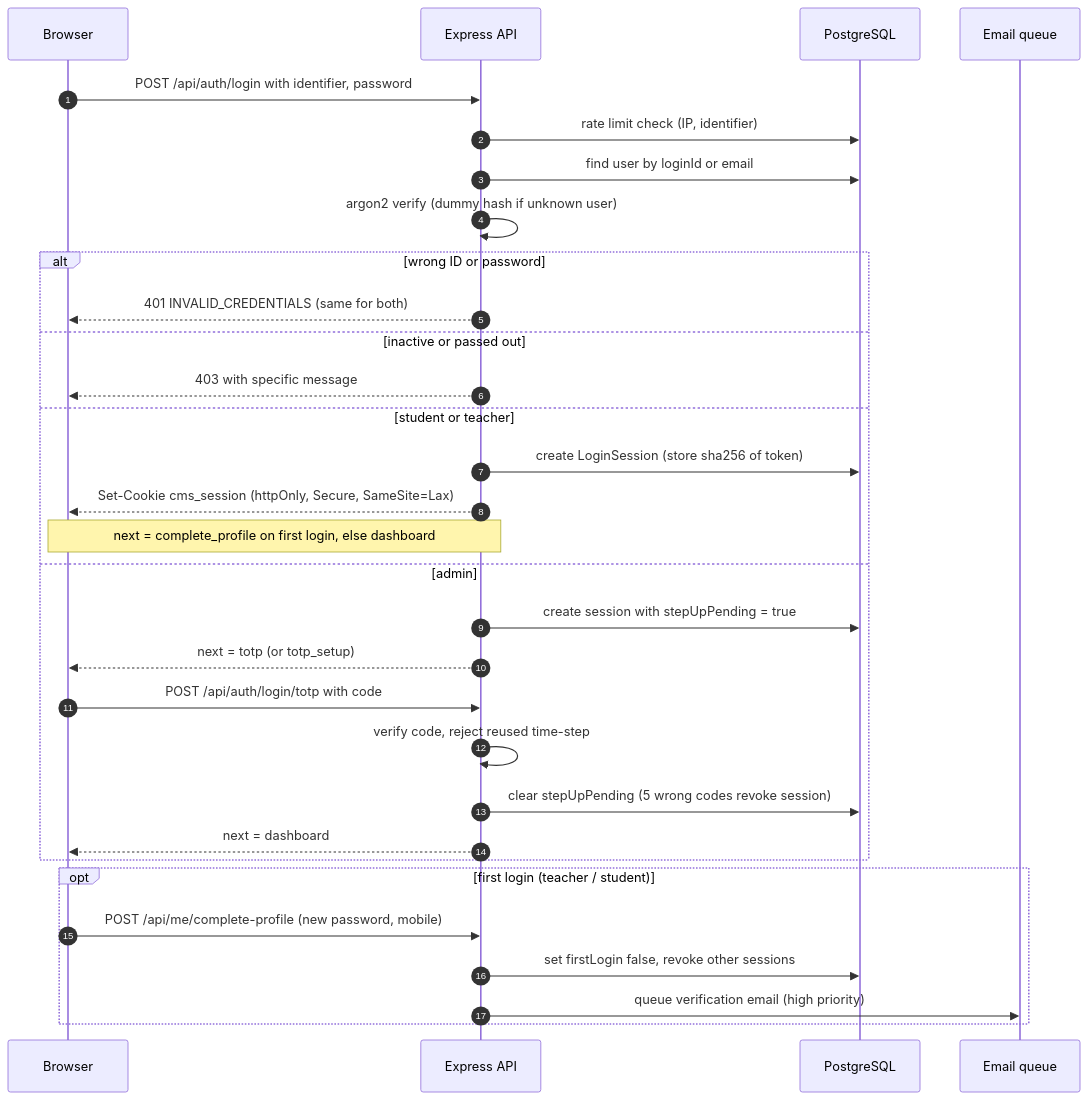
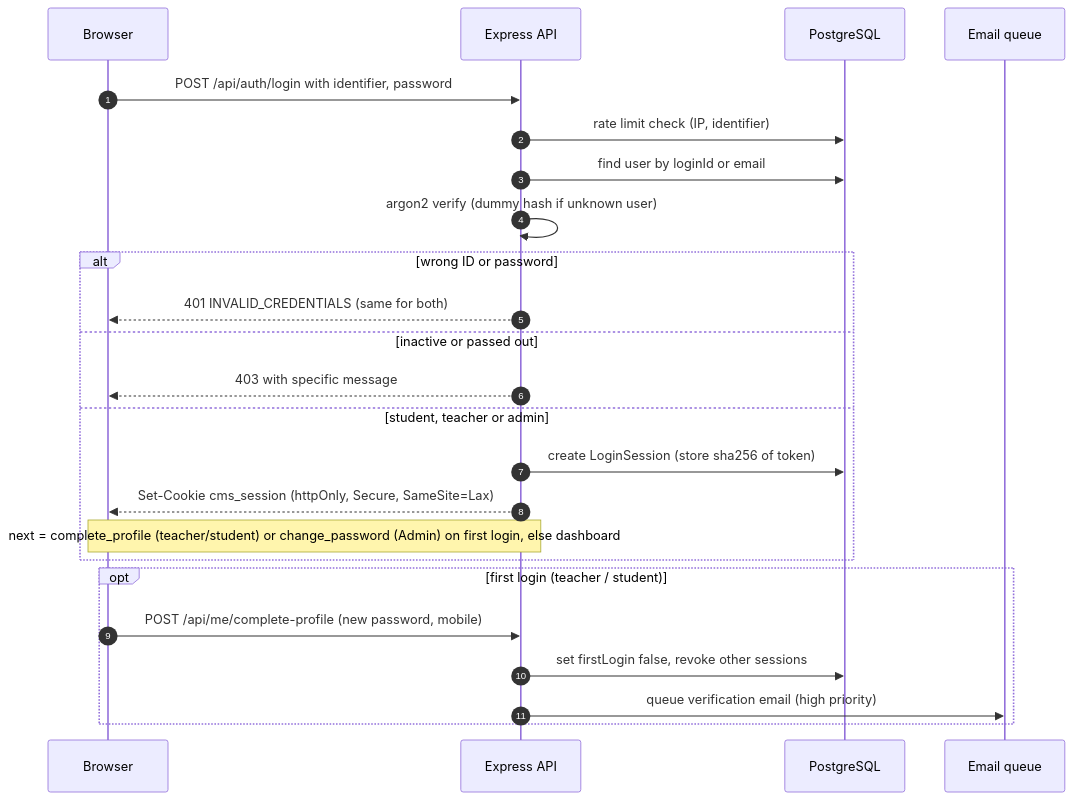
One commit to chinmoy567/College-Management changed diagram 14 of 41 in docs/architecture.md. Above: the diagram before and after it, drawn with Mermaid. The commit also changed other lines of this file and 7 other files, not shown here.

Commit message:
docs: remove Admin TOTP from implementation plans, architecture diagrams (request pipeline, login sequence, session states, security, entity fields) and tech stack (otplib row)

````diff
--- a/docs/architecture.md
+++ b/docs/architecture.md
@@ -664,34 +660,27 @@
 ```mermaid
 sequenceDiagram
     autonumber
     participant B as Browser
     participant API as Express API
     participant DB as PostgreSQL
     participant Q as Email queue
 
     B->>API: POST /api/auth/login with identifier, password
     API->>DB: rate limit check (IP, identifier)
     API->>DB: find user by loginId or email
     API->>API: argon2 verify (dummy hash if unknown user)
     alt wrong ID or password
         API-->>B: 401 INVALID_CREDENTIALS (same for both)
     else inactive or passed out
         API-->>B: 403 with specific message
-    else student or teacher
+    else student, teacher or admin
         API->>DB: create LoginSession (store sha256 of token)
         API-->>B: Set-Cookie cms_session (httpOnly, Secure, SameSite=Lax)
-        Note over B,API: next = complete_profile on first login, else dashboard
-    else admin
-        API->>DB: create session with stepUpPending = true
-        API-->>B: next = totp (or totp_setup)
-        B->>API: POST /api/auth/login/totp with code
-        API->>API: verify code, reject reused time-step
-        API->>DB: clear stepUpPending (5 wrong codes revoke session)
-        API-->>B: next = dashboard
+        Note over B,API: next = complete_profile (teacher/student) or change_password (Admin) on first login, else dashboard
     end
     opt first login (teacher / student)
         B->>API: POST /api/me/complete-profile (new password, mobile)
         API->>DB: set firstLogin false, revoke other sessions
         API->>Q: queue verification email (high priority)
     end
 ```
````
